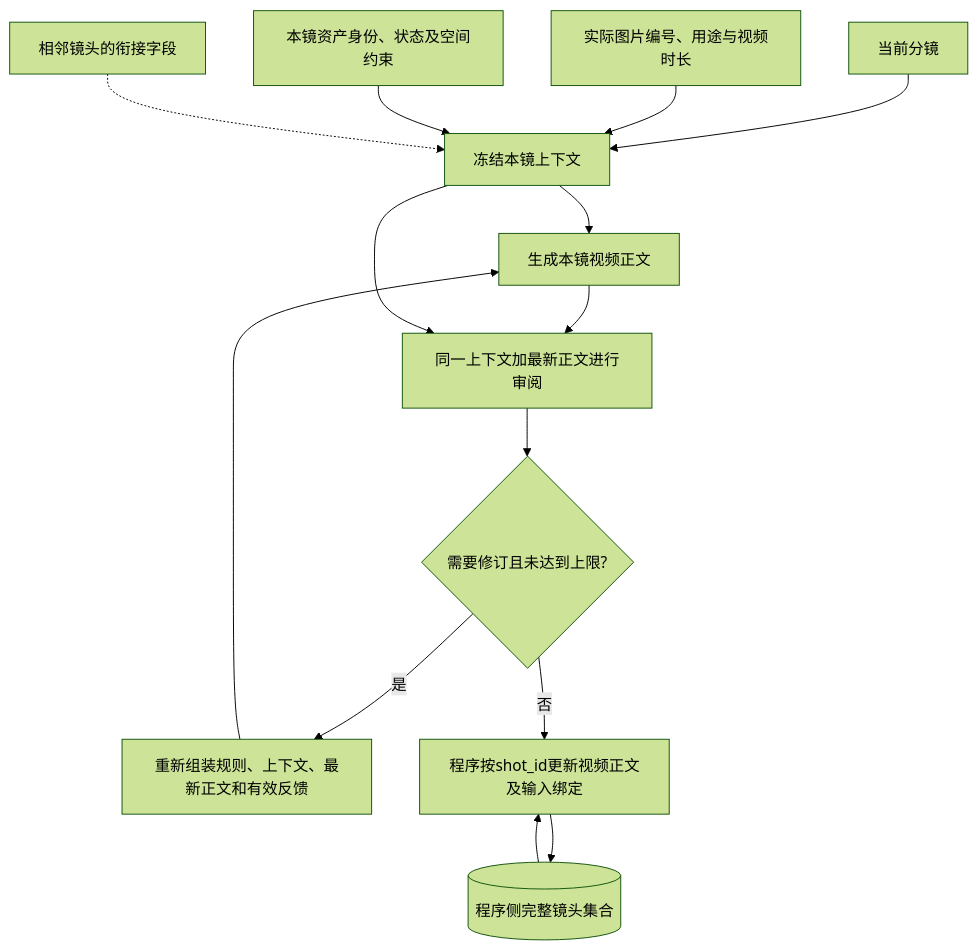
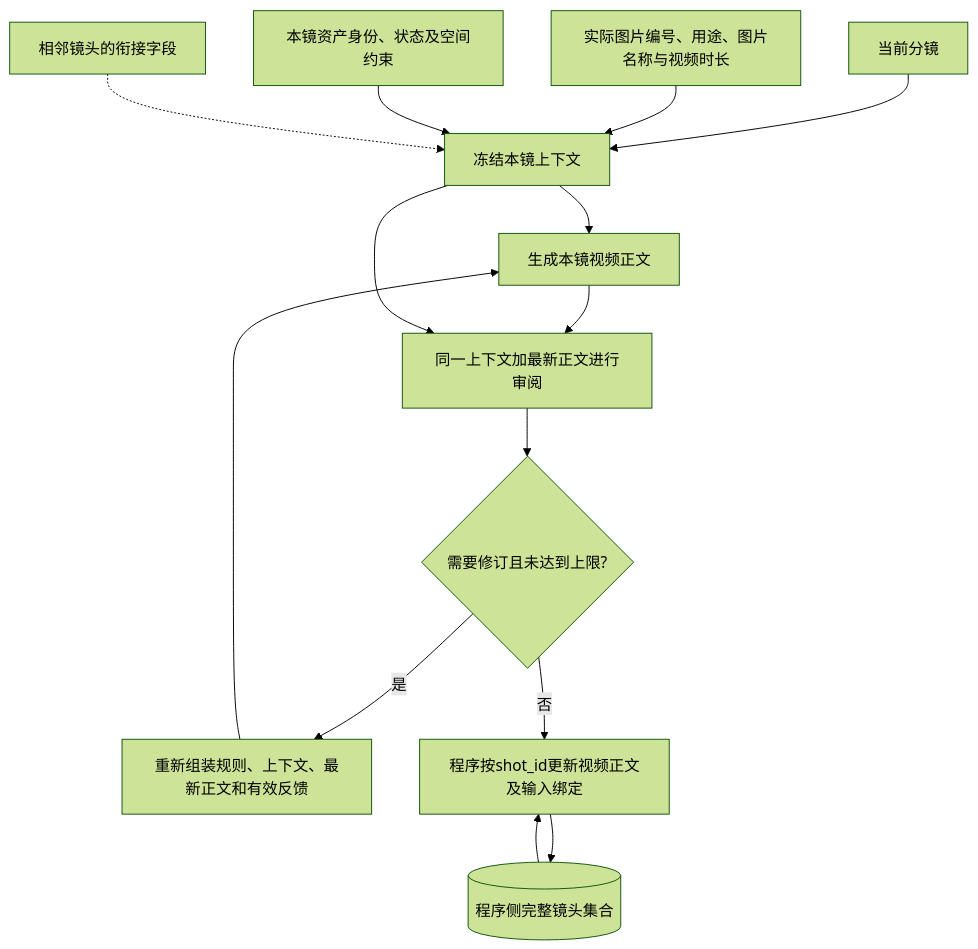
One commit to thisHobart/NovelWriter changed the diagram in docs/short_video/video_prompt_context.md. Above: the diagram before and after it, drawn with Mermaid (forest theme). The commit also changed other lines of this file and 156 other files, not shown here.

````diff
--- a/docs/short_video/video_prompt_context.md
+++ b/docs/short_video/video_prompt_context.md
@@ -9,16 +9,16 @@
 ```mermaid
 flowchart TD
     S[当前分镜] --> C[冻结本镜上下文]
-    I[实际图片编号、用途与视频时长] --> C
+    I[实际图片编号、用途、图片名称与视频时长] --> C
     A[本镜资产身份、状态及空间约束] --> C
     E[相邻镜头的衔接字段] -.-> C
     C --> G[生成本镜视频正文]
     G --> R[同一上下文加最新正文进行审阅]
     C --> R
     R --> D{需要修订且未达到上限?}
     D -->|是| V[重新组装规则、上下文、最新正文和有效反馈]
     V --> G
     D -->|否| M[程序按shot_id更新视频正文及输入绑定]
     F[(程序侧完整镜头集合)] --> M
     M --> F
 ```
````
